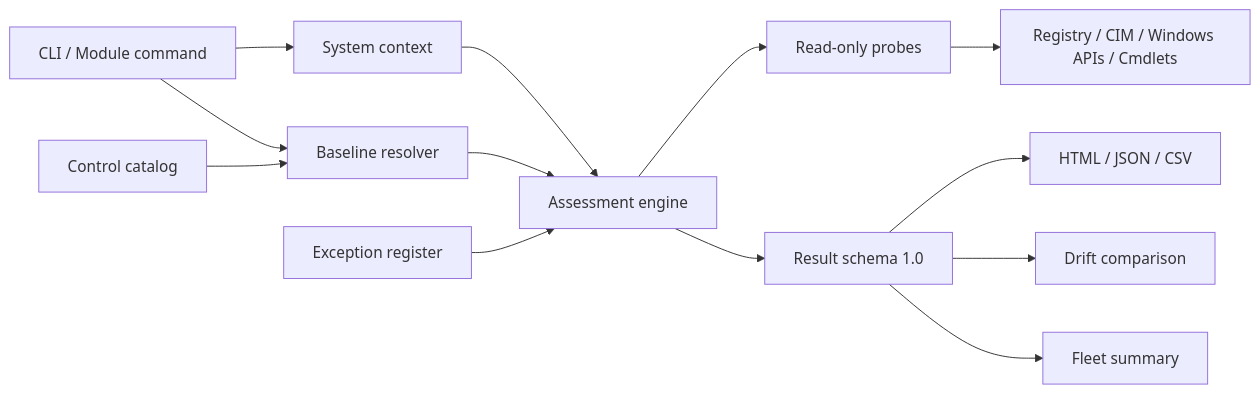
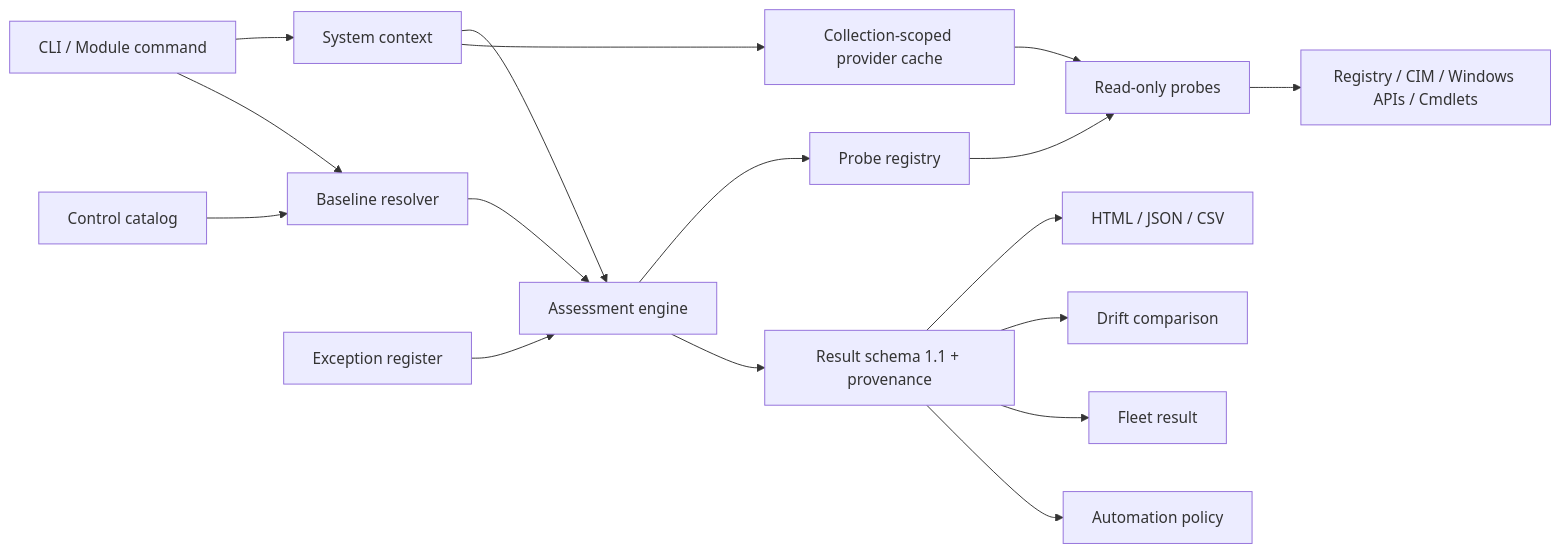
The diagram in docs/ARCHITECTURE.md (xGreeny/hardening-lens), drawn with Mermaid before and after one commit. The commit also changed other lines of this file and 56 other files, not shown here.

````diff
--- a/docs/ARCHITECTURE.md
+++ b/docs/ARCHITECTURE.md
@@ -5,15 +5,19 @@
 ```mermaid
 flowchart LR
     CLI[CLI / Module command] --> Context[System context]
     CLI --> Baseline[Baseline resolver]
     Catalog[Control catalog] --> Baseline
     Baseline --> Engine[Assessment engine]
     Context --> Engine
     Exceptions[Exception register] --> Engine
-    Engine --> Probes[Read-only probes]
+    Engine --> Registry[Probe registry]
+    Registry --> Probes[Read-only probes]
     Probes --> Windows[Registry / CIM / Windows APIs / Cmdlets]
-    Engine --> Result[Result schema 1.0]
+    Context --> Cache[Collection-scoped provider cache]
+    Cache --> Probes
+    Engine --> Result[Result schema 1.1 + provenance]
     Result --> Reports[HTML / JSON / CSV]
     Result --> Drift[Drift comparison]
-    Result --> Fleet[Fleet summary]
+    Result --> Fleet[Fleet result]
+    Result --> Policy[Automation policy]
 ```
````
